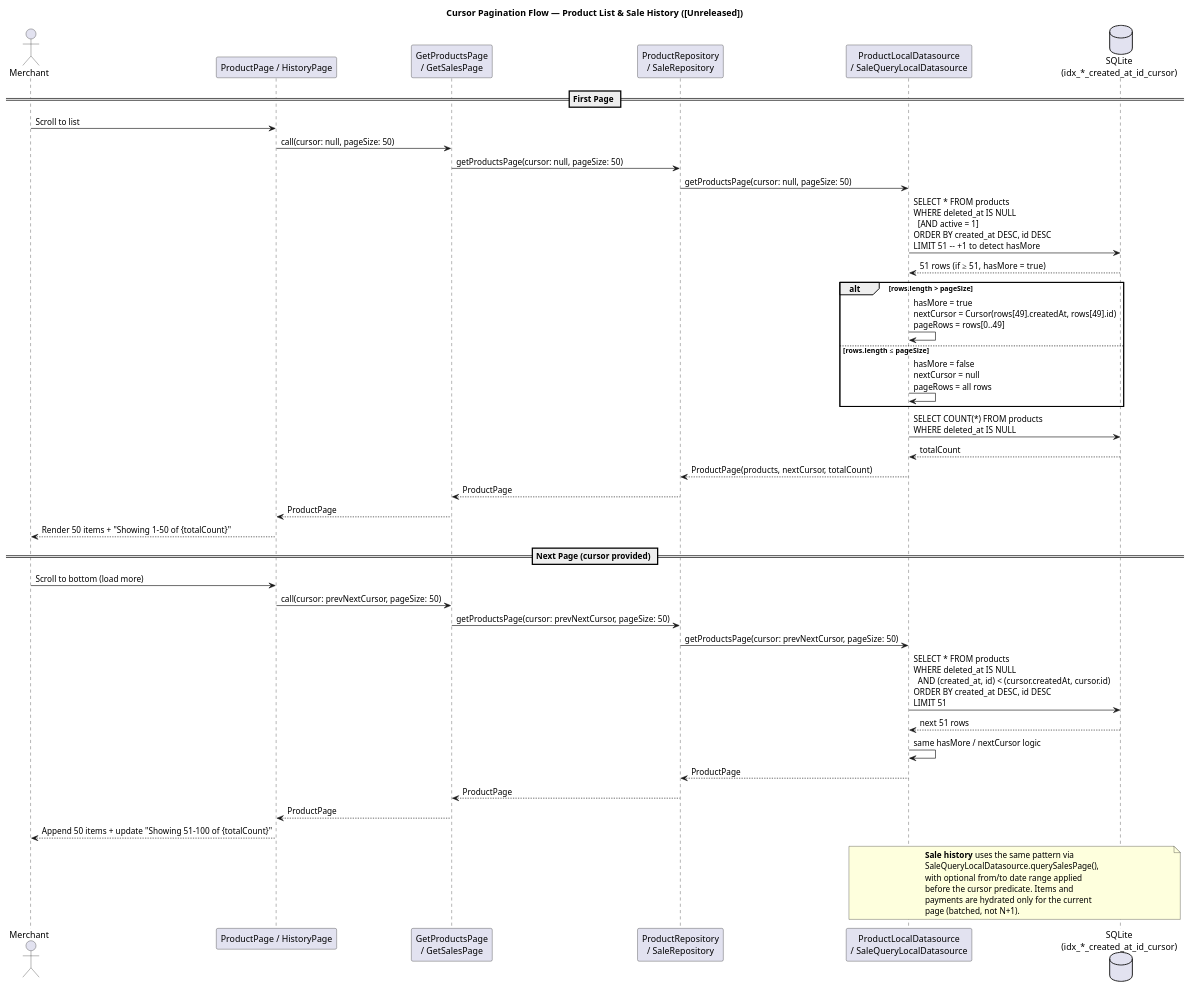
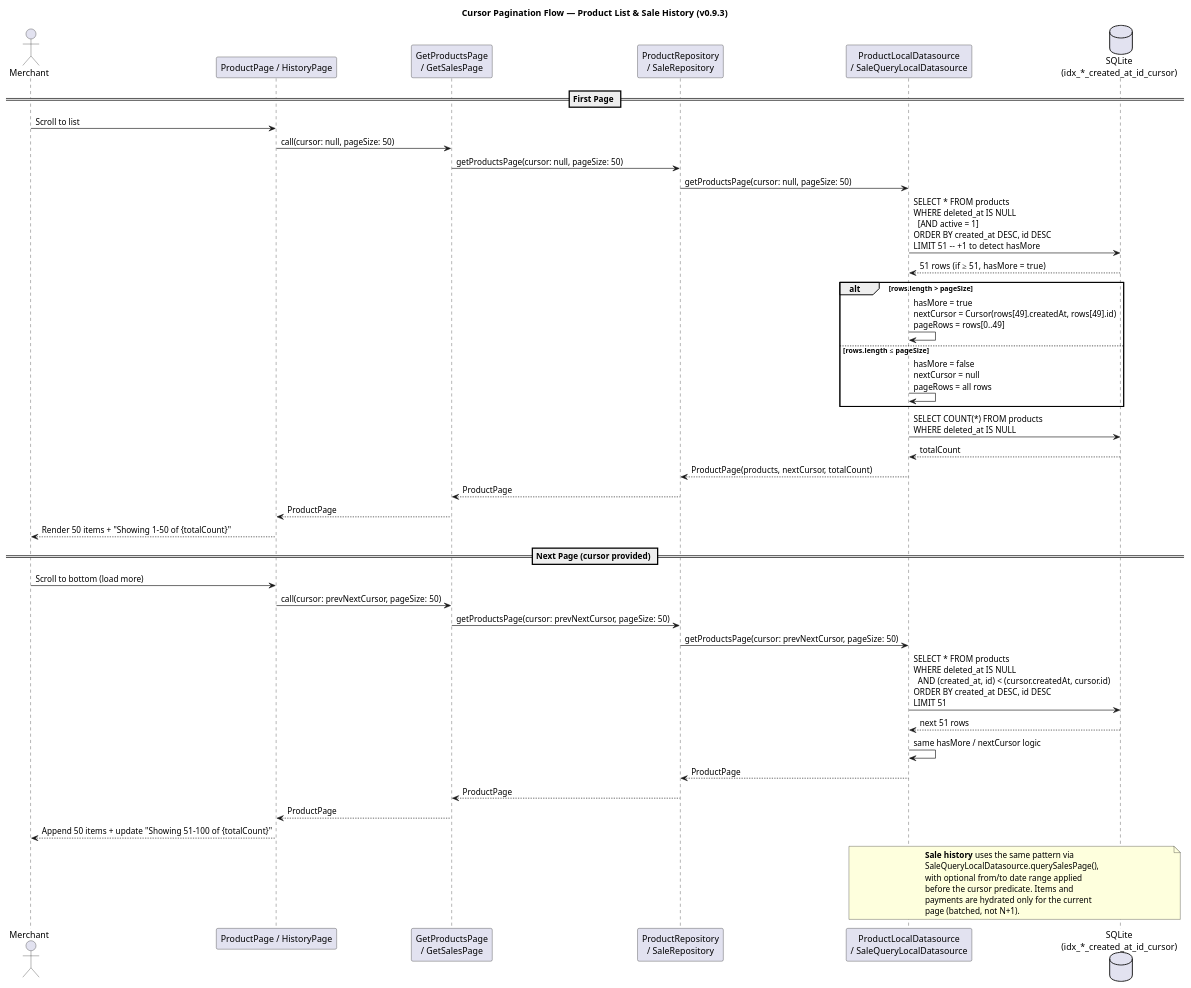
One commit to MN-Lizard-Team/promsell-pos-ce changed the diagram in docs/architecture/puml/sequence-cursor-pagination.puml. Above: the diagram before and after it, drawn with PlantUML. The commit also changed 70 other files, not shown here.

```diff
--- a/docs/architecture/puml/sequence-cursor-pagination.puml
+++ b/docs/architecture/puml/sequence-cursor-pagination.puml
@@ -1,56 +1,56 @@
 @startuml Sequence_CursorPagination
-title Cursor Pagination Flow — Product List & Sale History ([Unreleased])
+title Cursor Pagination Flow — Product List & Sale History (v0.9.3)
 
 actor Merchant
 participant "ProductPage / HistoryPage" as UI
 participant "GetProductsPage\n/ GetSalesPage" as UC
 participant "ProductRepository\n/ SaleRepository" as Repo
 participant "ProductLocalDatasource\n/ SaleQueryLocalDatasource" as DS
 database "SQLite\n(idx_*_created_at_id_cursor)" as DB
 
 == First Page ==
 Merchant -> UI: Scroll to list
 UI -> UC: call(cursor: null, pageSize: 50)
 UC -> Repo: getProductsPage(cursor: null, pageSize: 50)
 Repo -> DS: getProductsPage(cursor: null, pageSize: 50)
 
 DS -> DB: SELECT * FROM products\nWHERE deleted_at IS NULL\n  [AND active = 1]\nORDER BY created_at DESC, id DESC\nLIMIT 51  -- +1 to detect hasMore
 DB --> DS: 51 rows (if ≥ 51, hasMore = true)
 alt rows.length > pageSize
     DS -> DS: hasMore = true\nnextCursor = Cursor(rows[49].createdAt, rows[49].id)\npageRows = rows[0..49]
 else rows.length ≤ pageSize
     DS -> DS: hasMore = false\nnextCursor = null\npageRows = all rows
 end
 
 DS -> DB: SELECT COUNT(*) FROM products\nWHERE deleted_at IS NULL
 DB --> DS: totalCount
 
 DS --> Repo: ProductPage(products, nextCursor, totalCount)
 Repo --> UC: ProductPage
 UC --> UI: ProductPage
 UI --> Merchant: Render 50 items + "Showing 1-50 of {totalCount}"
 
 == Next Page (cursor provided) ==
 Merchant -> UI: Scroll to bottom (load more)
 UI -> UC: call(cursor: prevNextCursor, pageSize: 50)
 UC -> Repo: getProductsPage(cursor: prevNextCursor, pageSize: 50)
 Repo -> DS: getProductsPage(cursor: prevNextCursor, pageSize: 50)
 
 DS -> DB: SELECT * FROM products\nWHERE deleted_at IS NULL\n  AND (created_at, id) < (cursor.createdAt, cursor.id)\nORDER BY created_at DESC, id DESC\nLIMIT 51
 DB --> DS: next 51 rows
 DS -> DS: same hasMore / nextCursor logic
 DS --> Repo: ProductPage
 Repo --> UC: ProductPage
 UC --> UI: ProductPage
 UI --> Merchant: Append 50 items + update "Showing 51-100 of {totalCount}"
 
 note over DS, DB
   **Sale history** uses the same pattern via
   SaleQueryLocalDatasource.querySalesPage(),
   with optional from/to date range applied
   before the cursor predicate. Items and
   payments are hydrated only for the current
   page (batched, not N+1).
 end note
 
 @enduml
```
